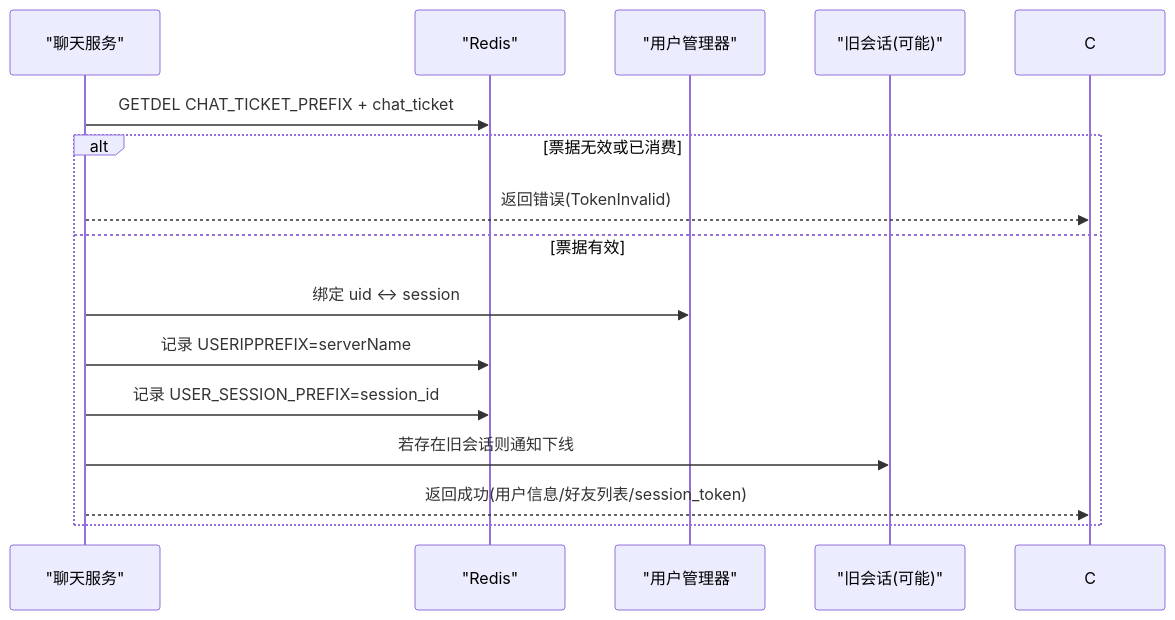
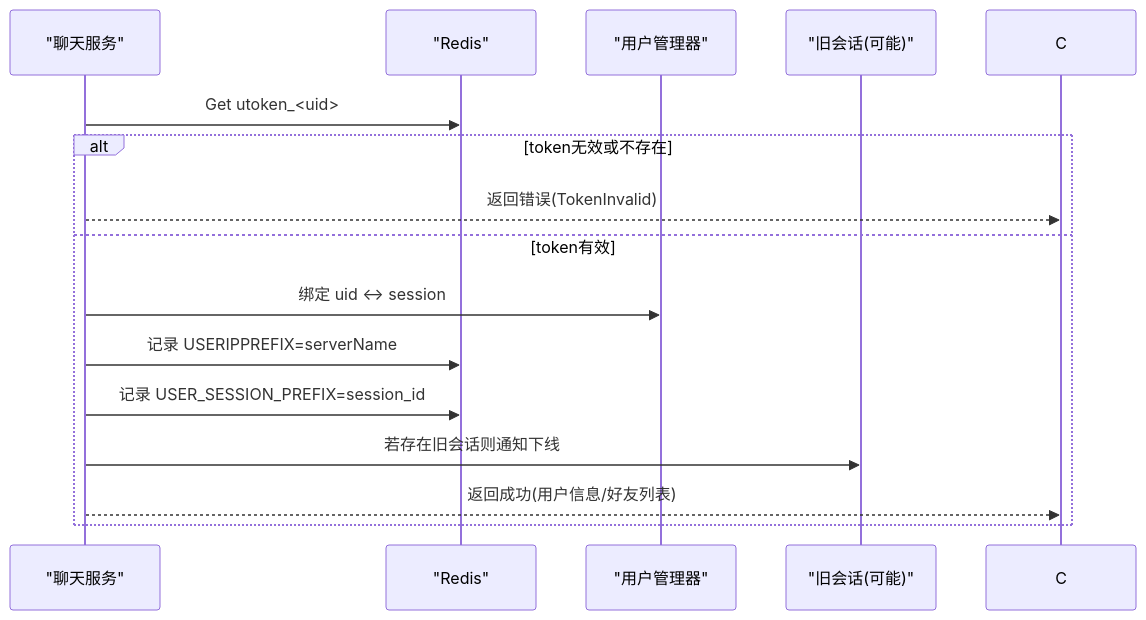
One commit to echo9923/mychatter changed the seventh of 10 diagrams in .qoder/repowiki/zh/content/安全设计/身份认证系统/登录认证系统.md. Above: the diagram before and after it, drawn with Mermaid. The commit also changed other lines of this file and 58 other files, not shown here.

````diff
--- a/.qoder/repowiki/zh/content/安全设计/身份认证系统/登录认证系统.md
+++ b/.qoder/repowiki/zh/content/安全设计/身份认证系统/登录认证系统.md
@@ -269,17 +268,17 @@
 ```mermaid
 sequenceDiagram
 participant CH as "聊天服务"
 participant R as "Redis"
 participant U as "用户管理器"
 participant O as "旧会话(可能)"
-CH->>R : GETDEL CHAT_TICKET_PREFIX + chat_ticket
-alt 票据无效或已消费
+CH->>R : Get utoken_<uid>
+alt token无效或不存在
 CH-->>C : 返回错误(TokenInvalid)
-else 票据有效
+else token有效
 CH->>U : 绑定 uid <-> session
 CH->>R : 记录 USERIPPREFIX=serverName
 CH->>R : 记录 USER_SESSION_PREFIX=session_id
 CH->>O : 若存在旧会话则通知下线
-CH-->>C : 返回成功(用户信息/好友列表/session_token)
+CH-->>C : 返回成功(用户信息/好友列表)
 end
 ```
````
